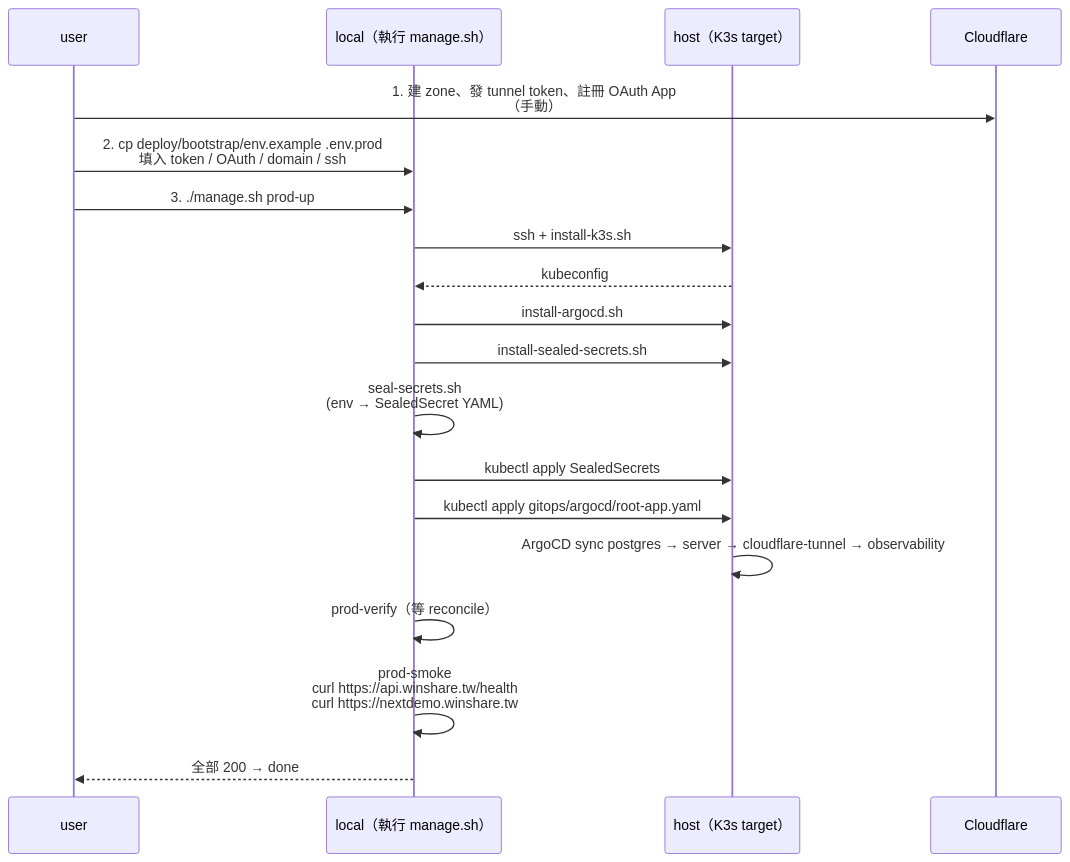
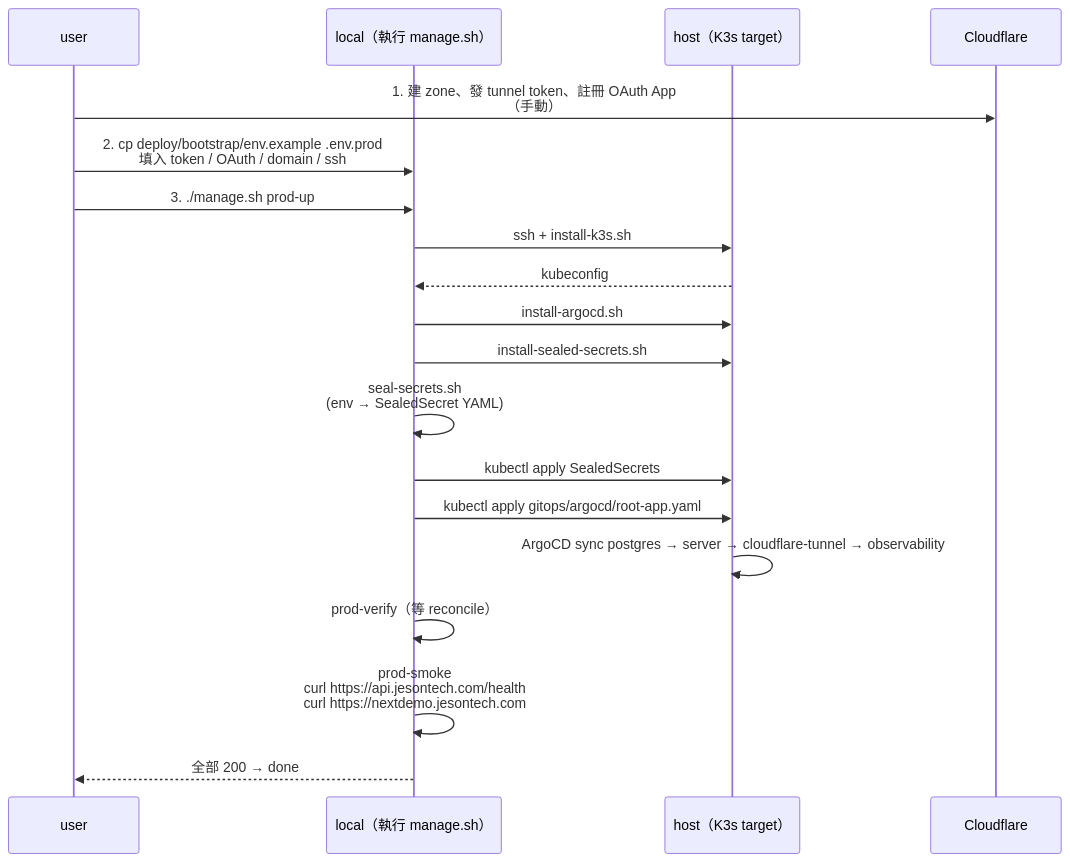
The second of 2 diagrams in docs/features/production-deployment/spec.md (wusung/0ops), drawn with Mermaid before and after one commit. The commit also changed other lines of this file and 59 other files, not shown here.

First line of the commit message:
feat(domain): parameterize base domain via OPS_DOMAIN_BASE; switch to jesontech.com (#122)

````diff
--- a/docs/features/production-deployment/spec.md
+++ b/docs/features/production-deployment/spec.md
@@ -103,22 +103,22 @@
 ```mermaid
 sequenceDiagram
   participant U as user
   participant L as local（執行 manage.sh）
   participant H as host（K3s target）
   participant CF as Cloudflare
 
   U->>CF: 1. 建 zone、發 tunnel token、註冊 OAuth App<br/>（手動）
   U->>L: 2. cp deploy/bootstrap/env.example .env.prod<br/>填入 token / OAuth / domain / ssh
   U->>L: 3. ./manage.sh prod-up
   L->>H: ssh + install-k3s.sh
   H-->>L: kubeconfig
   L->>H: install-argocd.sh
   L->>H: install-sealed-secrets.sh
   L->>L: seal-secrets.sh<br/>(env → SealedSecret YAML)
   L->>H: kubectl apply SealedSecrets
   L->>H: kubectl apply gitops/argocd/root-app.yaml
   H->>H: ArgoCD sync postgres → server → cloudflare-tunnel → observability
   L->>L: prod-verify（等 reconcile）
-  L->>L: prod-smoke<br/>curl https://api.winshare.tw/health<br/>curl https://nextdemo.winshare.tw
+  L->>L: prod-smoke<br/>curl https://api.jesontech.com/health<br/>curl https://nextdemo.jesontech.com
   L-->>U: 全部 200 → done
 ```
````
